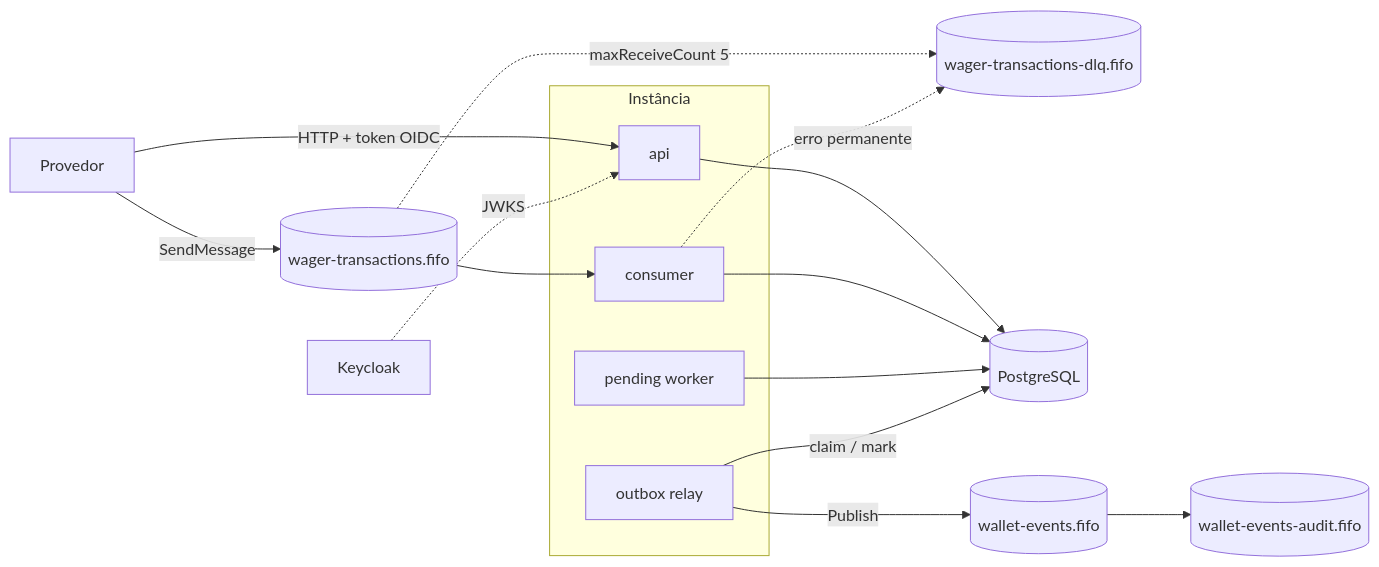
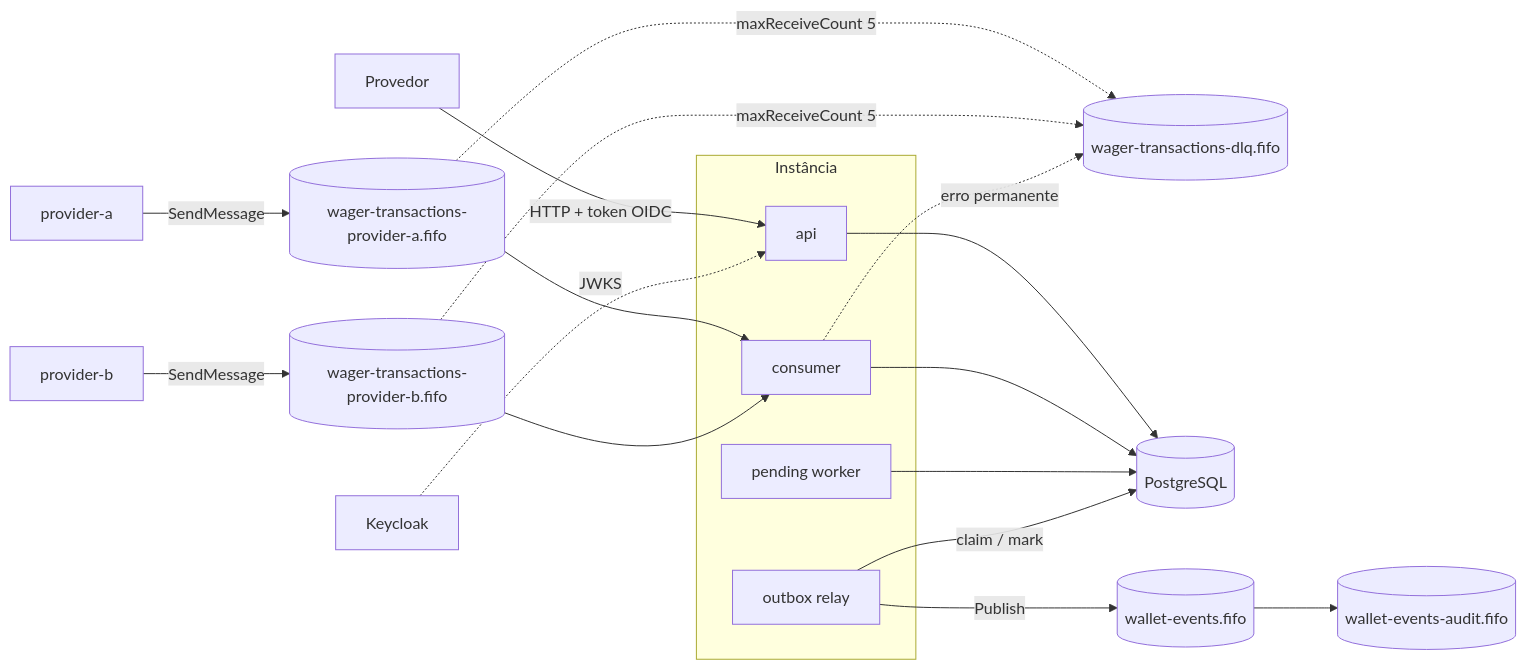
The first of 5 diagrams in ARCHITECTURE.md (julianlbs/jungle-gaming-backend-challenge-go), drawn with Mermaid before and after one commit. The commit also changed other lines of this file and 18 other files, not shown here.

````diff
--- a/ARCHITECTURE.md
+++ b/ARCHITECTURE.md
@@ -22,21 +22,24 @@
 ```mermaid
 flowchart LR
     P[Provedor] -- "HTTP + token OIDC" --> API
-    P -- "SendMessage" --> Q[(wager-transactions.fifo)]
-    Q --> C[consumer]
-    Q -. "maxReceiveCount 5" .-> DLQ[(wager-transactions-dlq.fifo)]
+    PA[provider-a] -- SendMessage --> QA[(wager-transactions-provider-a.fifo)]
+    PB[provider-b] -- SendMessage --> QB[(wager-transactions-provider-b.fifo)]
+    QA --> C[consumer]
+    QB --> C
+    QA -. "maxReceiveCount 5" .-> DLQ[(wager-transactions-dlq.fifo)]
+    QB -. "maxReceiveCount 5" .-> DLQ
     C -. "erro permanente" .-> DLQ
     KC[Keycloak] -. JWKS .-> API
     subgraph Instância
         API[api]
         C
         R[outbox relay]
         W[pending worker]
     end
     API --> DB[(PostgreSQL)]
     C --> DB
     W --> DB
     R -- "claim / mark" --> DB
     R -- Publish --> T[(wallet-events.fifo)]
     T --> A[(wallet-events-audit.fifo)]
 ```
````
